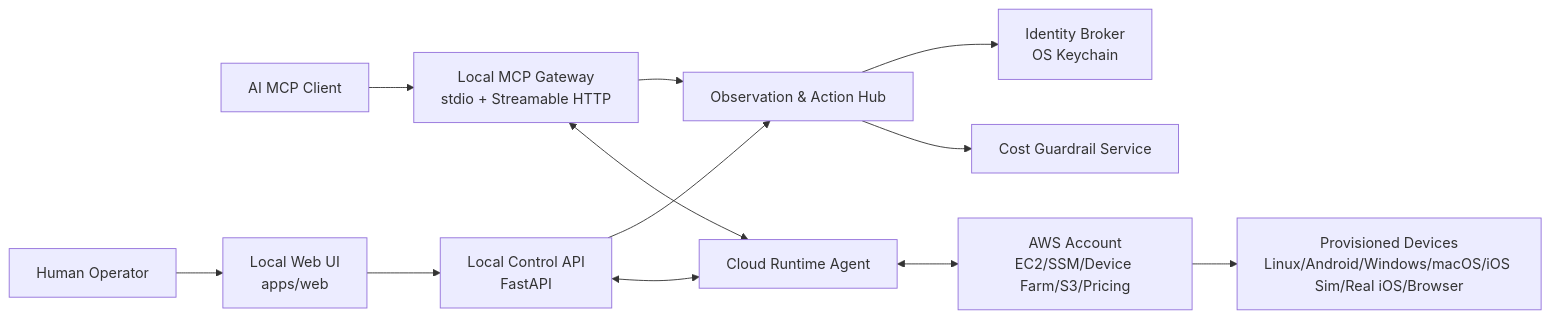
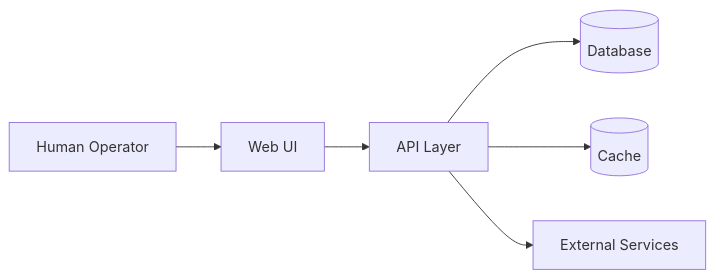
The diagram in docs/architecture/overview.md (MHughesDev/template), drawn with Mermaid before and after one commit. The commit also changed other lines of this file and 214 other files, not shown here.

````diff
--- a/docs/architecture/overview.md
+++ b/docs/architecture/overview.md
@@ -23,24 +23,13 @@
 ```mermaid
 flowchart LR
     User[Human Operator]
-    AI[AI MCP Client]
-    UI[Local Web UI\napps/web]
-    API[Local Control API\nFastAPI]
-    MCP[Local MCP Gateway\nstdio + Streamable HTTP]
-    HUB[Observation & Action Hub]
-    IDB[Identity Broker\nOS Keychain]
-    COST[Cost Guardrail Service]
-    AGENT[Cloud Runtime Agent]
-    AWS[AWS Account\nEC2/SSM/Device Farm/S3/Pricing]
-    DEV[Provisioned Devices\nLinux/Android/Windows/macOS/iOS Sim/Real iOS/Browser]
+    UI[Web UI]
+    API[API Layer]
+    DB[(Database)]
+    Cache[(Cache)]
+    External[External Services]
 
-    User --> UI --> API
-    AI --> MCP --> HUB
-    API --> HUB
-    HUB --> IDB
-    HUB --> COST
-    API <--> AGENT
-    MCP <--> AGENT
-    AGENT <--> AWS
-    AWS --> DEV
+    User --> UI --> API --> DB
+    API --> Cache
+    API --> External
 ```
````
